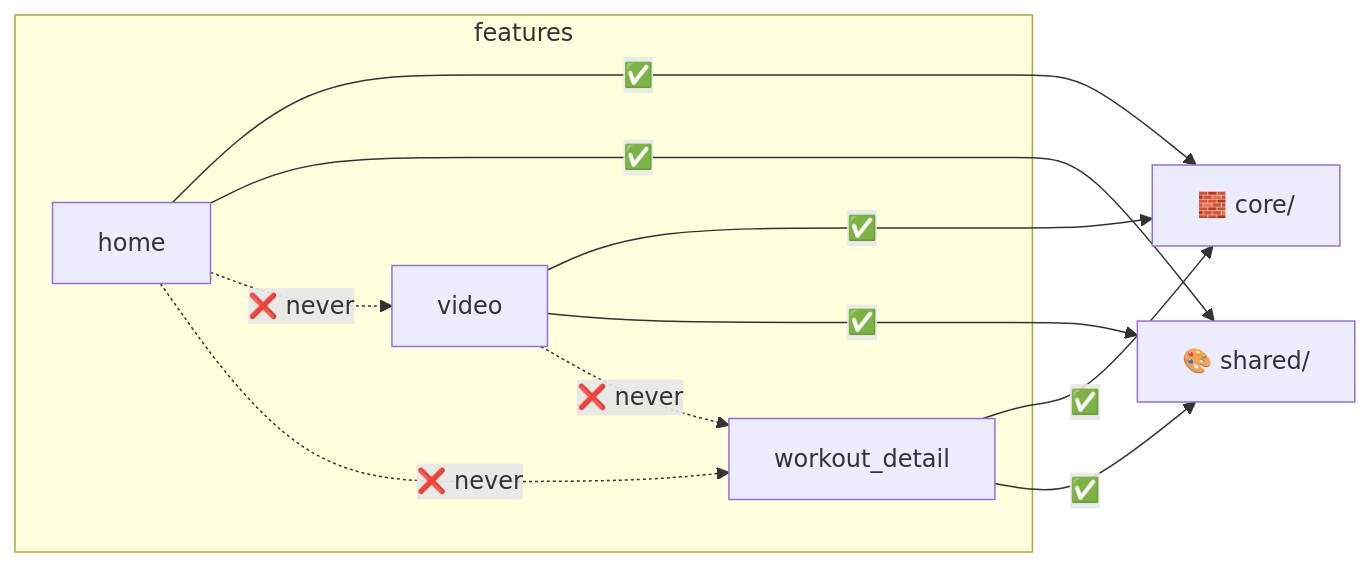
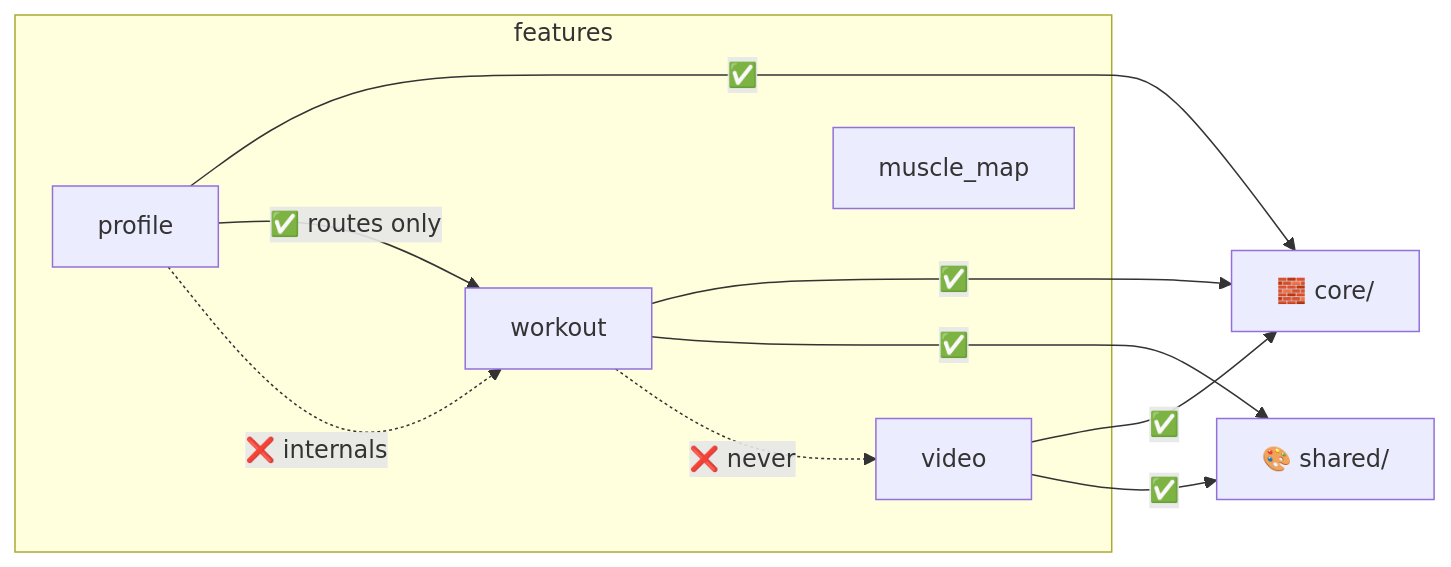
Before and after one commit to davidgaspardev/powerflix: the third of 7 diagrams in CONTRIBUTING.md, drawn with Mermaid. The commit also changed other lines of this file and 36 other files, not shown here.

````diff
--- a/CONTRIBUTING.md
+++ b/CONTRIBUTING.md
@@ -88,22 +131,22 @@
 ```mermaid
 graph LR
     subgraph features
-        home
+        workout
         video
-        workout_detail
+        profile
+        muscle_map
     end
 
     core["🧱 core/"]
     shared["🎨 shared/"]
 
-    home -->|"✅"| core
-    home -->|"✅"| shared
+    workout -->|"✅"| core
+    workout -->|"✅"| shared
     video -->|"✅"| core
     video -->|"✅"| shared
-    workout_detail -->|"✅"| core
-    workout_detail -->|"✅"| shared
+    profile -->|"✅"| core
+    profile -->|"✅ routes only"| workout
 
-    home -. "❌ never" .-> video
-    home -. "❌ never" .-> workout_detail
-    video -. "❌ never" .-> workout_detail
+    profile -. "❌ internals" .-> workout
+    workout -. "❌ never" .-> video
 ```
````
